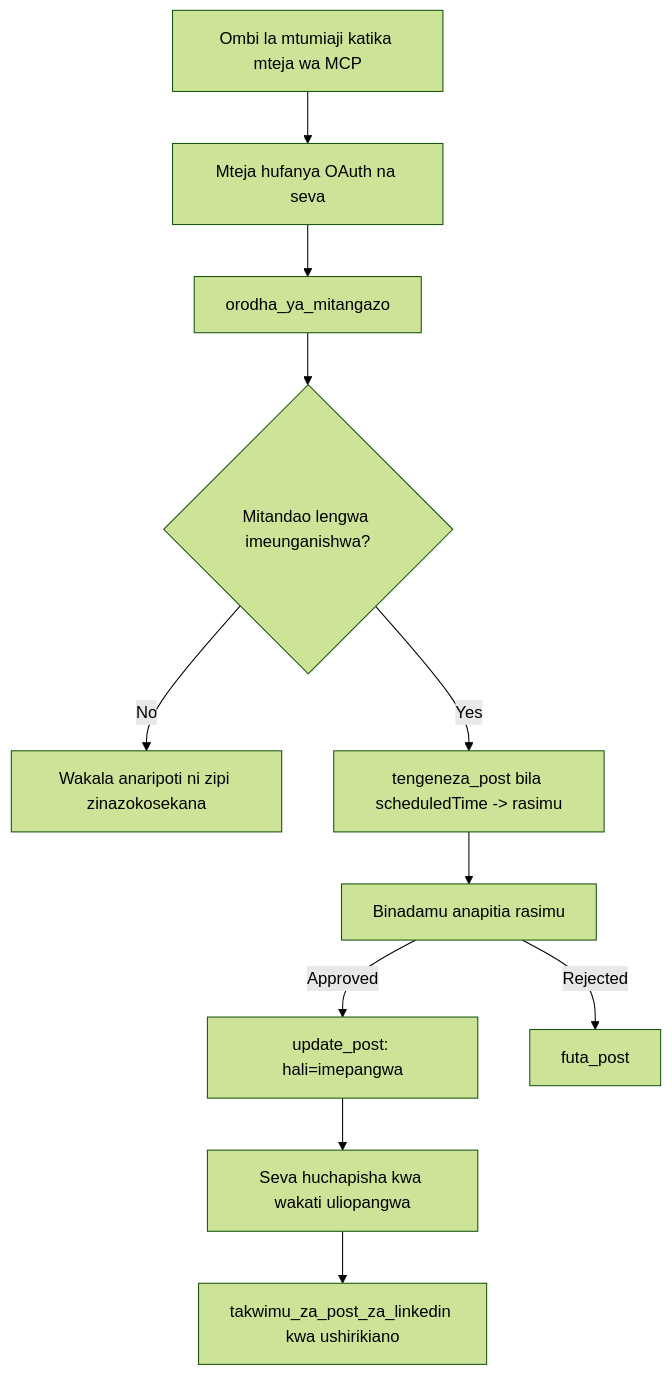
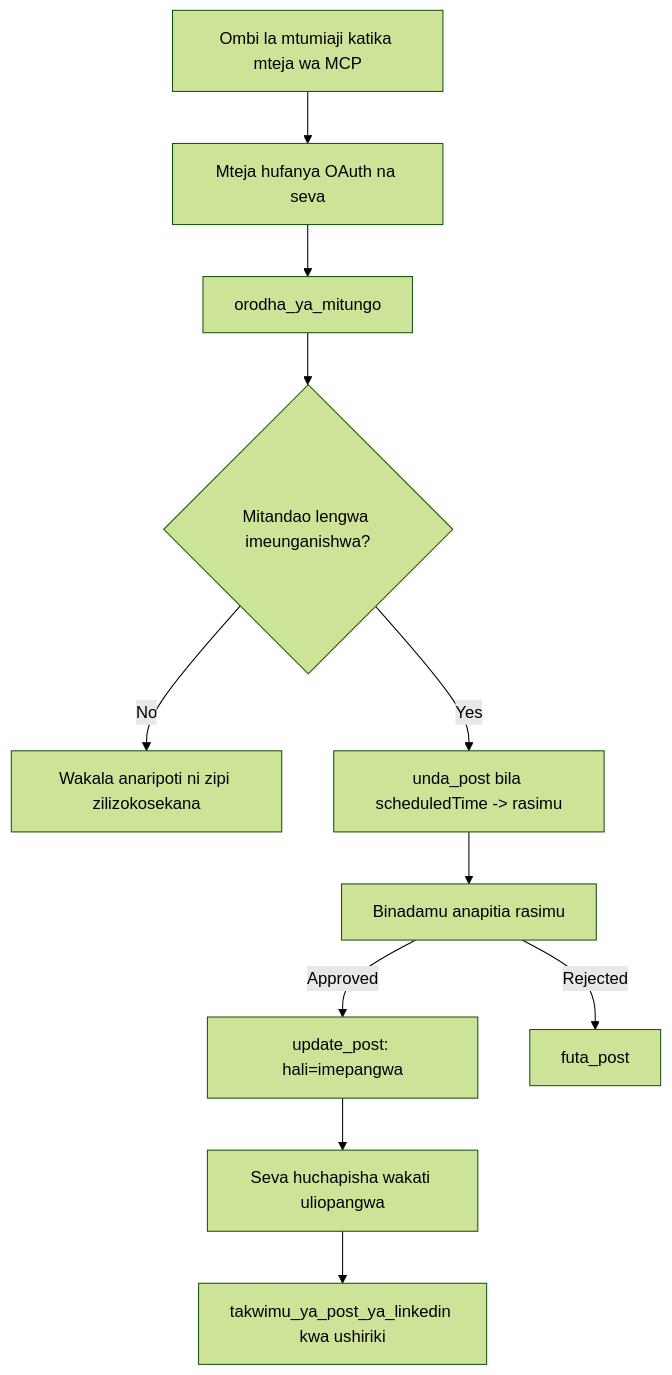
Before and after one commit to microsoft/mcp-for-beginners: the diagram in translations/sw/09-CaseStudy/publora-social-publishing.md, drawn with Mermaid (forest theme). The commit also changed other lines of this file and 140 other files, not shown here.

````diff
--- a/translations/sw/09-CaseStudy/publora-social-publishing.md
+++ b/translations/sw/09-CaseStudy/publora-social-publishing.md
@@ -47,13 +47,13 @@
 ```mermaid
 flowchart TD
     A[Ombi la mtumiaji katika mteja wa MCP] --> B[Mteja hufanya OAuth na seva]
-    B --> C[orodha_ya_mitangazo]
+    B --> C[orodha_ya_mitungo]
     C --> D{Mitandao lengwa imeunganishwa?}
-    D -- No --> E[Wakala anaripoti ni zipi zinazokosekana]
-    D -- Yes --> F[tengeneza_post bila scheduledTime -> rasimu]
+    D -- No --> E[Wakala anaripoti ni zipi zilizokosekana]
+    D -- Yes --> F[unda_post bila scheduledTime -> rasimu]
     F --> G[Binadamu anapitia rasimu]
     G -- Approved --> H[update_post: hali=imepangwa]
     G -- Rejected --> I[futa_post]
-    H --> J[Seva huchapisha kwa wakati uliopangwa]
-    J --> K[takwimu_za_post_za_linkedin kwa ushirikiano]
+    H --> J[Seva huchapisha wakati uliopangwa]
+    J --> K[takwimu_ya_post_ya_linkedin kwa ushiriki]
 ```
````
